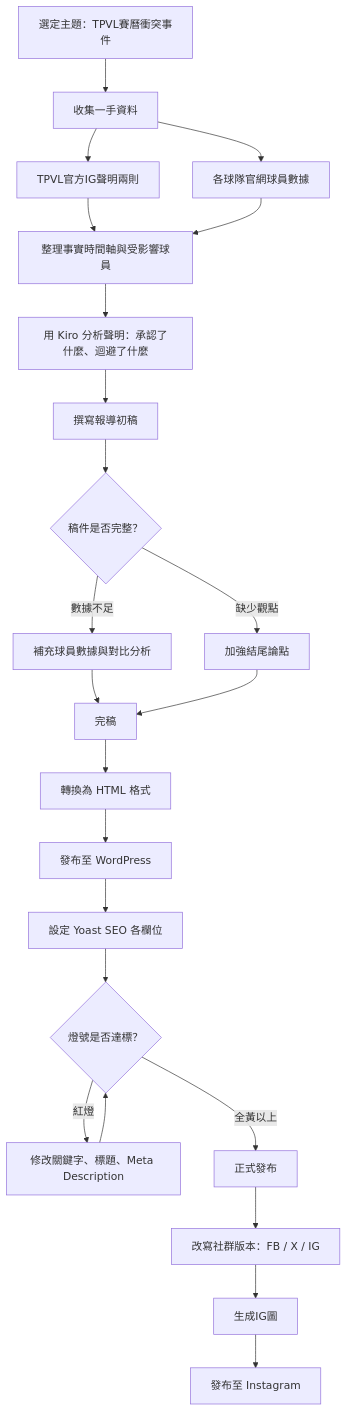
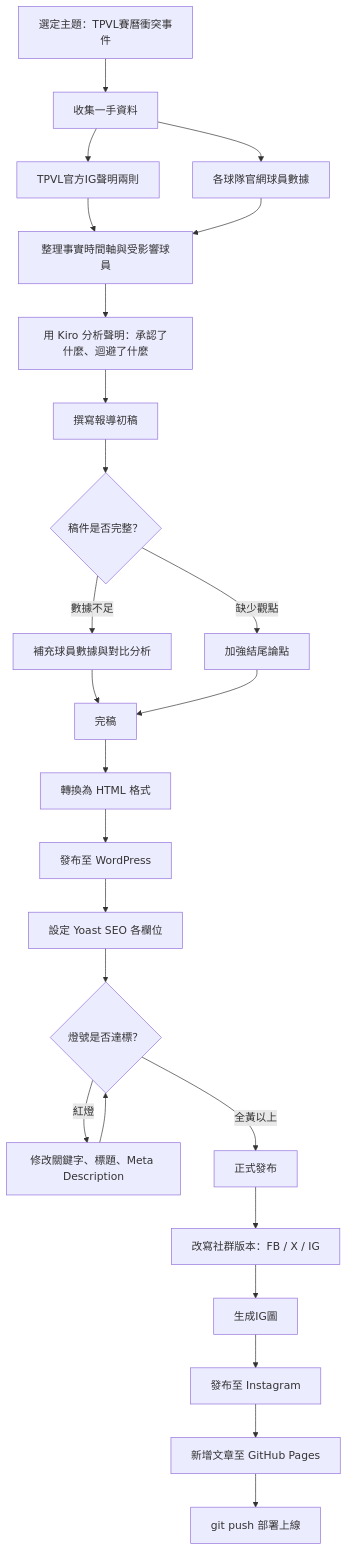
The diagram in README.md (a113010005-prog/tpvl-final-project), drawn with Mermaid before and after one commit. The commit also changed 1 other file, not shown here.

Commit message:
[publish]新增GitHub Page步驟

````diff
--- a/README.md
+++ b/README.md
@@ -31,25 +31,27 @@
 ```mermaid
 flowchart TD
     A[選定主題：TPVL賽曆衝突事件] --> B[收集一手資料]
     B --> B1[TPVL官方IG聲明兩則]
     B --> B2[各球隊官網球員數據]
     B1 --> C[整理事實時間軸與受影響球員]
     B2 --> C
     C --> D[用 Kiro 分析聲明：承認了什麼、迴避了什麼]
     D --> E[撰寫報導初稿]
     E --> F{稿件是否完整？}
     F -->|數據不足| G[補充球員數據與對比分析]
     F -->|缺少觀點| H[加強結尾論點]
     G --> I[完稿]
     H --> I
     I --> J[轉換為 HTML 格式]
     J --> K[發布至 WordPress]
     K --> L[設定 Yoast SEO 各欄位]
     L --> M{燈號是否達標？}
     M -->|紅燈| N[修改關鍵字、標題、Meta Description]
     N --> M
     M -->|全黃以上| O[正式發布]
     O --> P[改寫社群版本：FB / X / IG]
     P --> Q[生成IG圖]
     Q --> R[發布至 Instagram]
+    R --> S[新增文章至 GitHub Pages]
+    S --> T[git push 部署上線]
 ```
````
